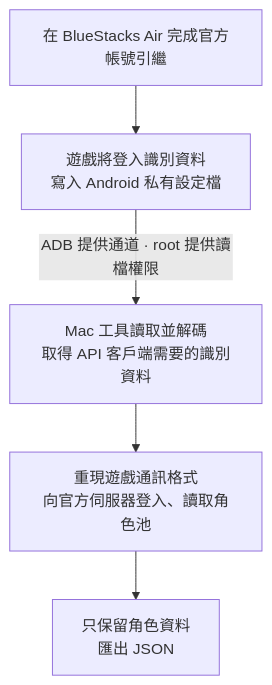
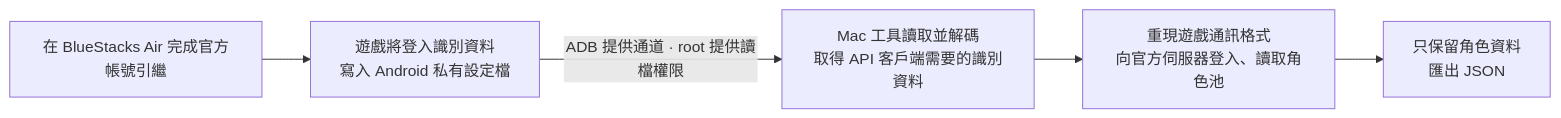
One commit to WilliamCHIU-ETH/pcr-tw-mac-login changed the diagram in README.md. Above: the diagram before and after it, drawn with Mermaid.

Commit message:
docs: lay out overview diagram horizontally

````diff
--- a/README.md
+++ b/README.md
@@ -39,13 +39,13 @@
 ```mermaid
-flowchart TD
+flowchart LR
     A["在 BlueStacks Air 完成官方帳號引繼"]
     B["遊戲將登入識別資料<br/>寫入 Android 私有設定檔"]
     C["Mac 工具讀取並解碼<br/>取得 API 客戶端需要的識別資料"]
     D["重現遊戲通訊格式<br/>向官方伺服器登入、讀取角色池"]
     E["只保留角色資料<br/>匯出 JSON"]
 
     A --> B
     B -->|"ADB 提供通道 · root 提供讀檔權限"| C
     C --> D
     D --> E
 ```
````
